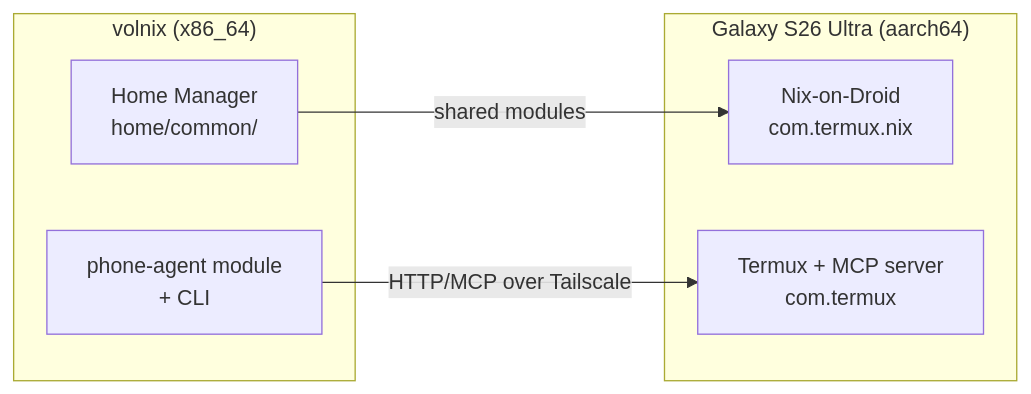
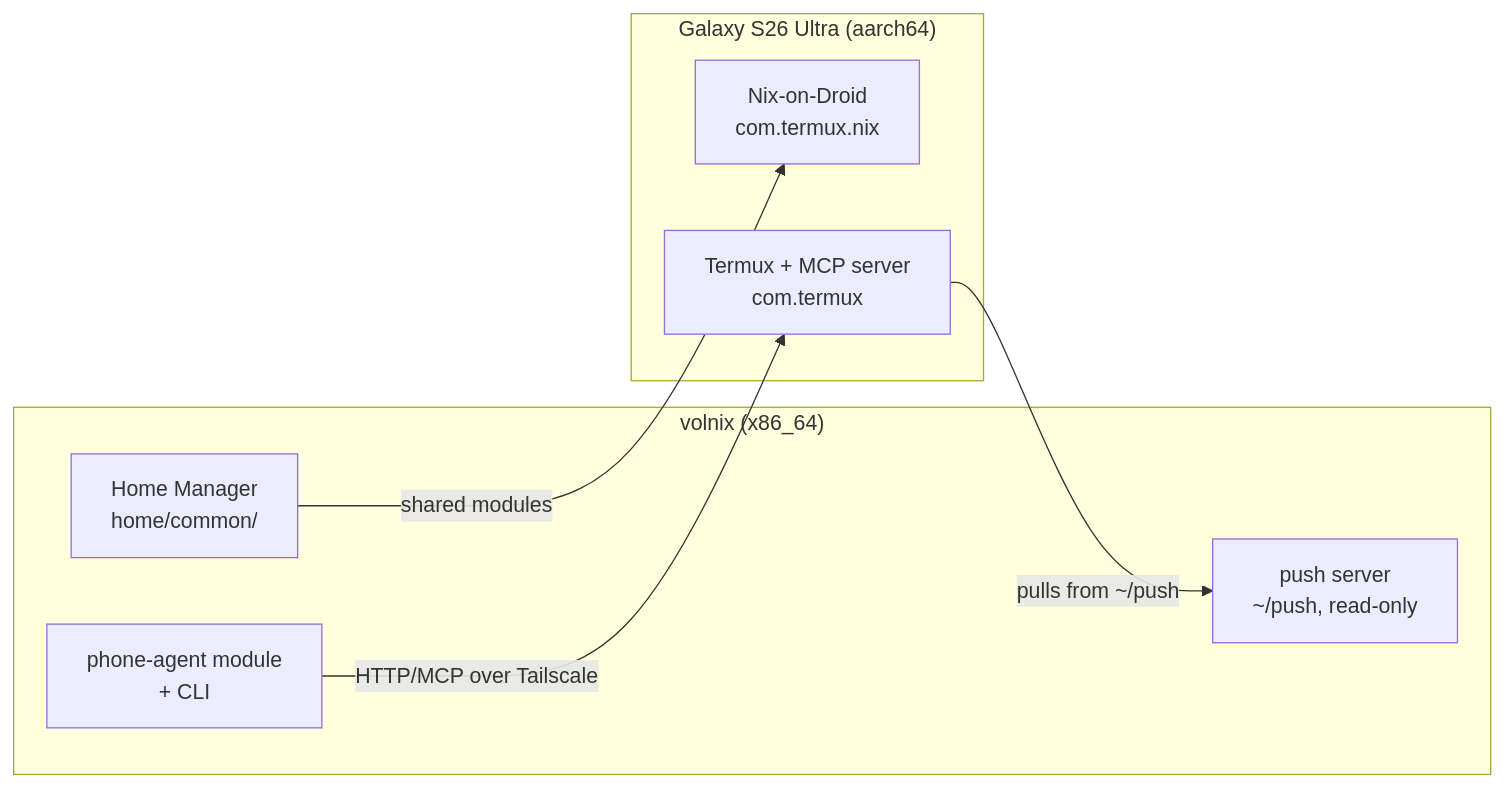
One commit to lowcache/volnixos-wiki changed the diagram in content/en/phone/_index.md. Above: the diagram before and after it, drawn with Mermaid. The commit also changed other lines of this file and 36 other files, not shown here.

````diff
--- a/content/en/phone/_index.md
+++ b/content/en/phone/_index.md
@@ -29,13 +28,15 @@
 ```mermaid
 graph LR
     subgraph Laptop["volnix (x86_64)"]
         HM["Home Manager<br/>home/common/"]
         PA["phone-agent module<br/>+ CLI"]
+        PUSH["push server<br/>~/push, read-only"]
     end
     subgraph Phone["Galaxy S26 Ultra (aarch64)"]
         NOD["Nix-on-Droid<br/>com.termux.nix"]
         TX["Termux + MCP server<br/>com.termux"]
     end
     HM -->|"shared modules"| NOD
     PA -->|"HTTP/MCP over Tailscale"| TX
+    TX -->|"pulls from ~/push"| PUSH
 ```
````
